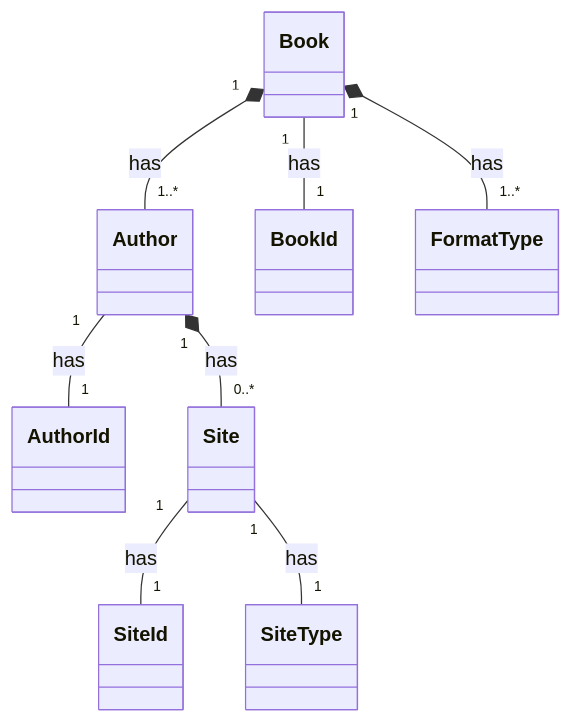
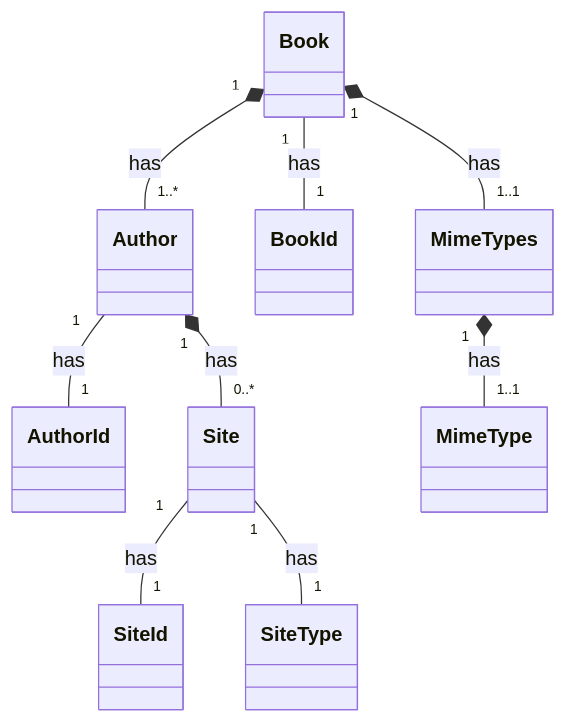
Before and after one commit to z669016/mybooks: the first of 3 diagrams in README.md, drawn with Mermaid. The commit also changed other lines of this file and 3 other files, not shown here.

````diff
--- a/README.md
+++ b/README.md
@@ -4,10 +4,11 @@
 ```mermaid
 classDiagram
     Author "1" -- "1" AuthorId: has
     Author "1" *-- "0..*" Site: has
     Site "1" -- "1" SiteId: has
     Site "1" -- "1" SiteType: has
     Book "1" *-- "1..*" Author: has
     Book "1" -- "1" BookId: has
-    Book "1" *-- "1..*" FormatType: has
+    Book "1" *-- "1..1" MimeTypes: has
+    MimeTypes "1" *-- "1..1" MimeType: has
 ```
````
